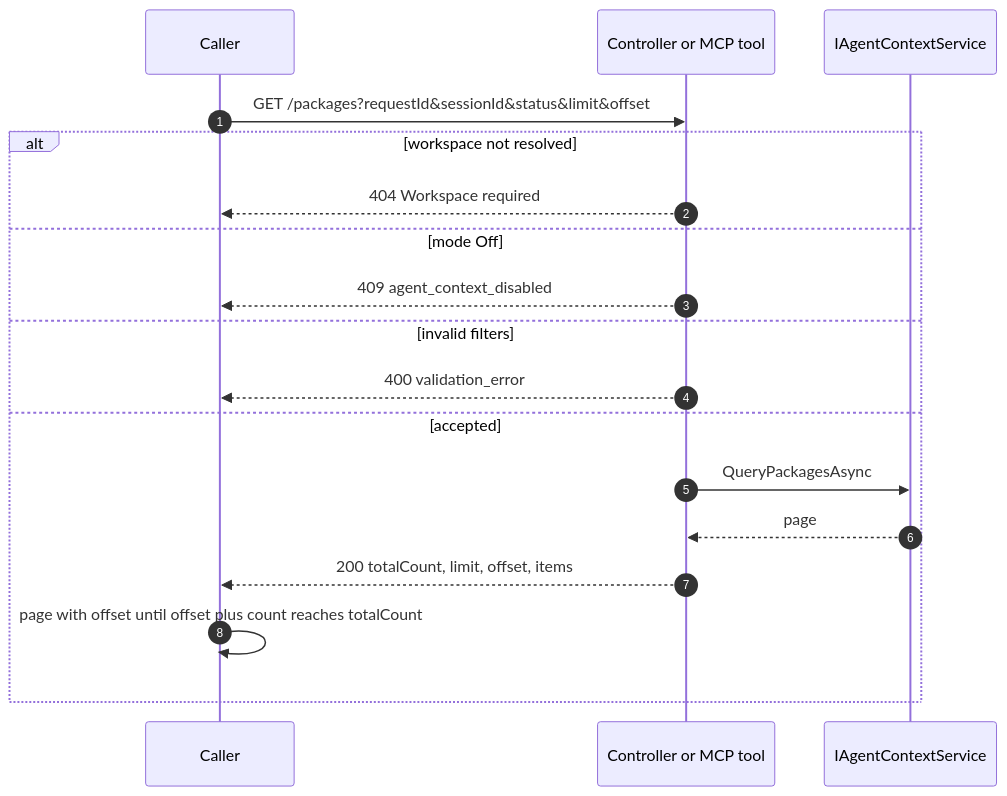
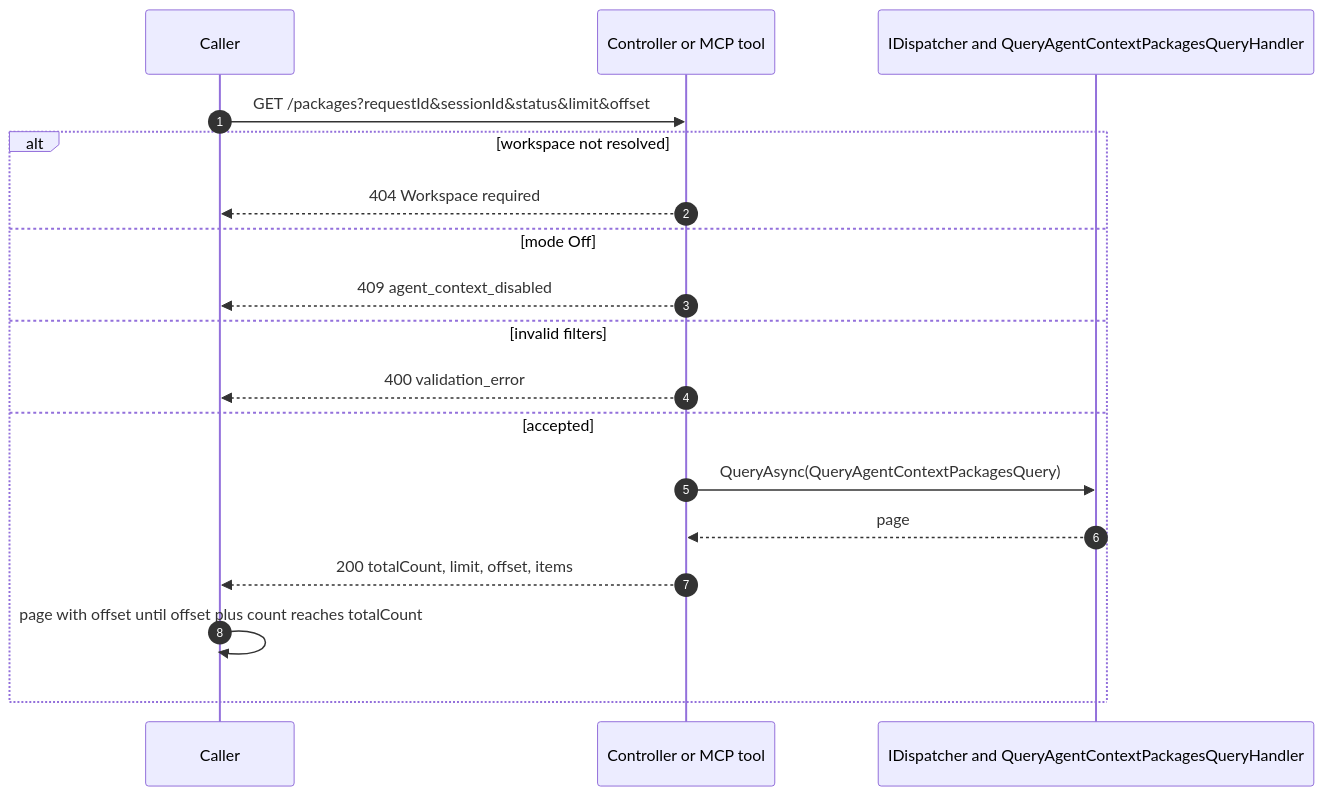
Before and after one commit to sharpninja/McpServer: diagram 30 of 59 in docs/Stateless-Agent-Context-Management.md, drawn with Mermaid. The commit also changed other lines of this file and 2 other files, not shown here.

````diff
--- a/docs/Stateless-Agent-Context-Management.md
+++ b/docs/Stateless-Agent-Context-Management.md
@@ -1066,20 +1083,20 @@
 ```mermaid
 sequenceDiagram
     autonumber
     participant Caller
     participant API as Controller or MCP tool
-    participant SVC as IAgentContextService
+    participant SVC as IDispatcher and QueryAgentContextPackagesQueryHandler
     Caller->>API: GET /packages?requestId&sessionId&status&limit&offset
     alt workspace not resolved
         API-->>Caller: 404 Workspace required
     else mode Off
         API-->>Caller: 409 agent_context_disabled
     else invalid filters
         API-->>Caller: 400 validation_error
     else accepted
-        API->>SVC: QueryPackagesAsync
+        API->>SVC: QueryAsync(QueryAgentContextPackagesQuery)
         SVC-->>API: page
         API-->>Caller: 200 totalCount, limit, offset, items
         Caller->>Caller: page with offset until offset plus count reaches totalCount
     end
 ```
````
